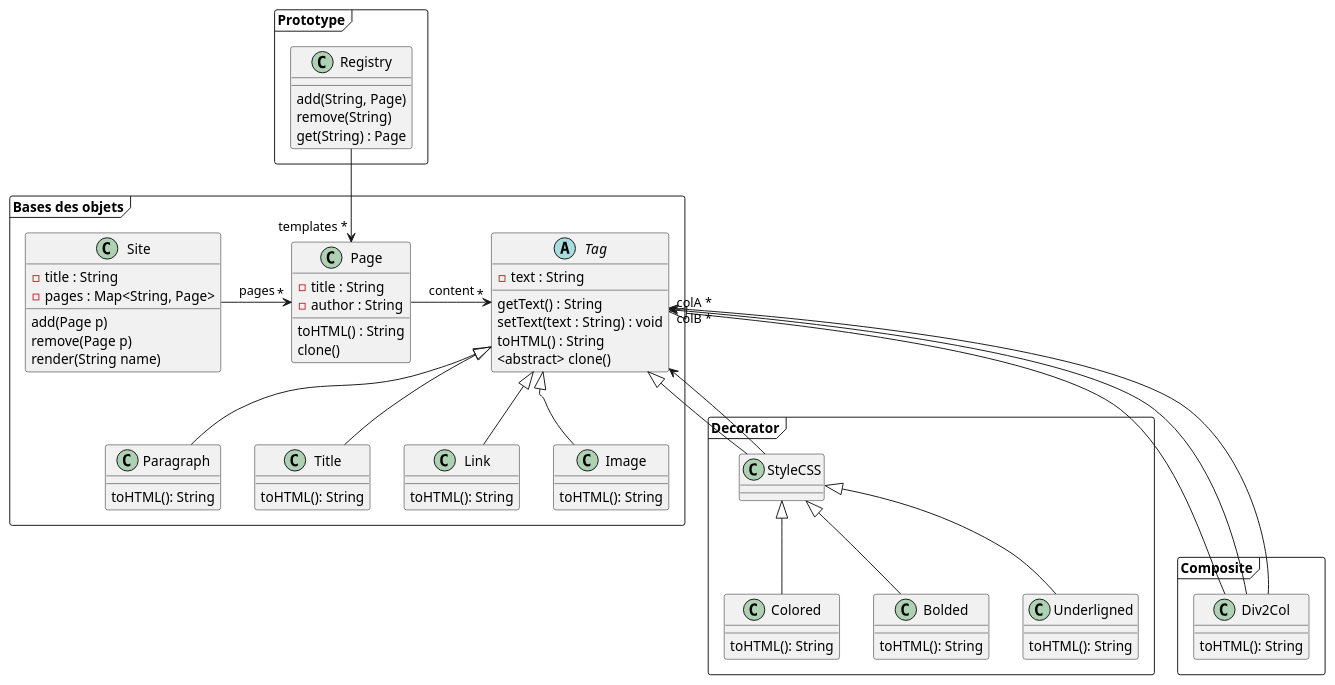
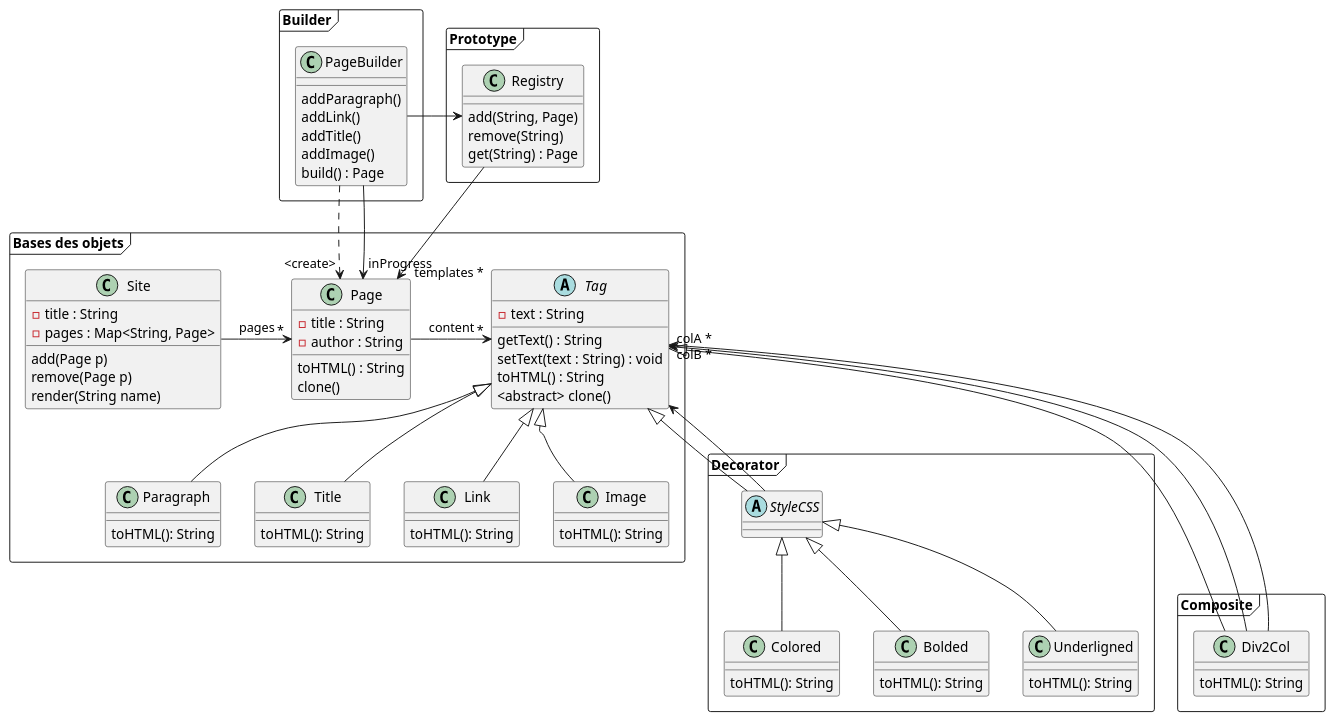
Before and after one commit to florentBourgeois/ENSISA2022_CMS: the diagram in Documentation/CMS_UML.puml, drawn with PlantUML. The commit also changed 1 other file, not shown here.

```diff
--- a/Documentation/CMS_UML.puml
+++ b/Documentation/CMS_UML.puml
@@ -1,87 +1,101 @@
 @startuml
 'https://plantuml.com/class-diagram
 
 
 package "Bases des objets" <<Frame>> {
 
     class Page {
         -title : String
         -author : String
         toHTML() : String
     }
 
     abstract class Tag {
         - text : String
         getText() : String
         setText(text : String) : void
         toHTML() : String
     }
 
     Tag <|-- Paragraph
     Tag <|-- Title
     Tag <|-- Link
     Tag <|-- Image
 
     Page -> "*" Tag : content
     Site -> "*" Page : pages
 
     class Site {
         -title : String
         -pages : Map<String, Page>
         add(Page p)
         remove(Page p)
         render(String name)
     }
 
     Image : toHTML(): String
     Link : toHTML(): String
     Title : toHTML(): String
     Paragraph : toHTML(): String
 
 }
 
 package "Composite" <<Frame>> {
 
     class Div2Col {
 
     }
 
     Tag <|--- Div2Col
     Tag "colA *" <-- Div2Col
     Tag "colB *" <-- Div2Col
 
     Div2Col : toHTML(): String
 
 }
 
 package "Decorator" <<Frame>> {
 
+    abstract class StyleCSS
     Tag <|-- StyleCSS
     Tag <-- StyleCSS
 
     StyleCSS <|-- Colored
     StyleCSS <|-- Bolded
     StyleCSS <|-- Underligned
 
     Underligned : toHTML(): String
     Bolded : toHTML(): String
     Colored : toHTML(): String
 
 }
 
 
 package "Prototype" <<Frame>> {
     Page : clone()
 
     Registry --> "templates *" Page
     class Registry {
         add(String, Page)
         remove(String)
         get(String) : Page
     }
 
     Tag : <abstract> clone()
 }
 
+package "Builder" <<Frame>> {
+      class PageBuilder {
+        addParagraph()
+        addLink()
+        addTitle()
+        addImage()
+        build() : Page
+      }
+
+      PageBuilder ..> "<create>" Page
+      PageBuilder -> Registry
+      PageBuilder -> "inProgress" Page
+}
 
 @enduml
```
